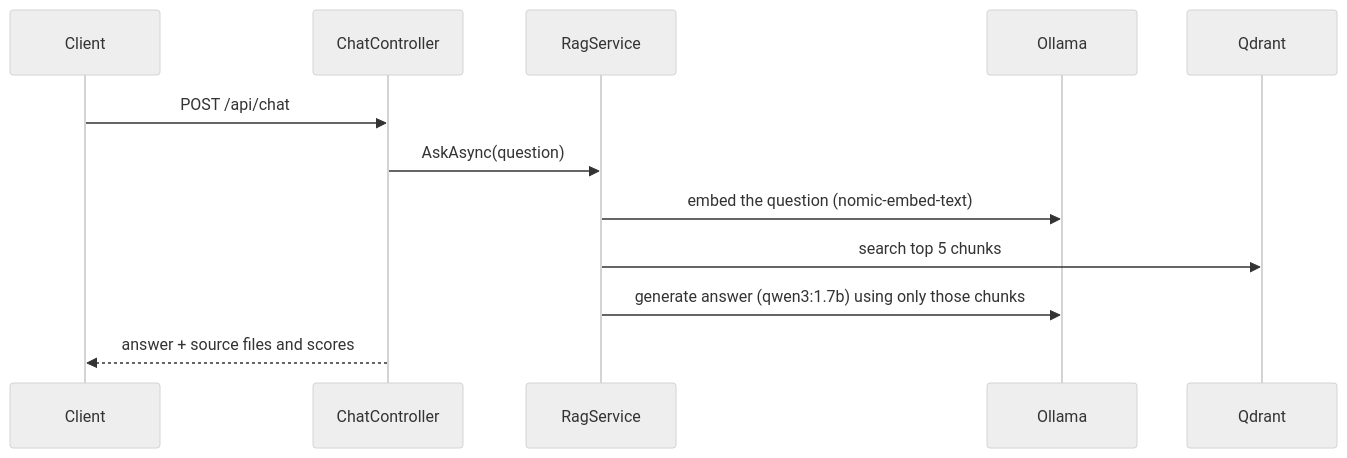
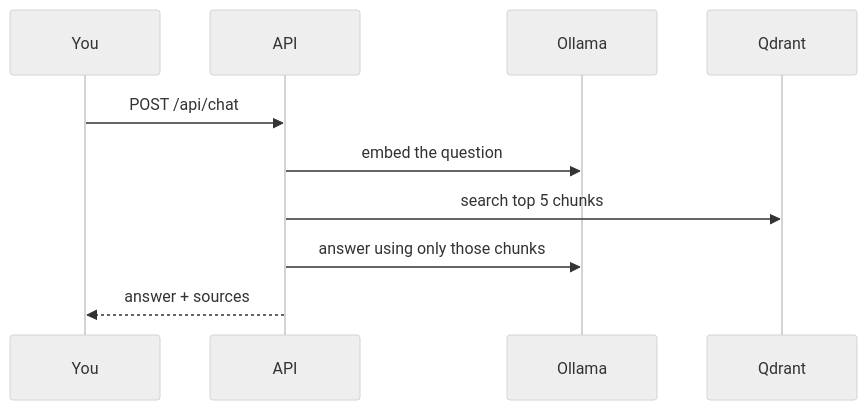
One commit to AmroAlnajar/AskMyDocs changed the diagram in README.md. Above: the diagram before and after it, drawn with Mermaid (neutral theme). The commit also changed other lines of this file and 1 other file, not shown here.

````diff
--- a/README.md
+++ b/README.md
@@ -9,15 +13,13 @@
 ```mermaid
 sequenceDiagram
-    participant Client
-    participant API as ChatController
-    participant RAG as RagService
+    participant You
+    participant API
     participant Ollama
     participant Qdrant
 
-    Client->>API: POST /api/chat
-    API->>RAG: AskAsync(question)
-    RAG->>Ollama: embed the question (nomic-embed-text)
-    RAG->>Qdrant: search top 5 chunks
-    RAG->>Ollama: generate answer (qwen3:1.7b) using only those chunks
-    API-->>Client: answer + source files and scores
+    You->>API: POST /api/chat
+    API->>Ollama: embed the question
+    API->>Qdrant: search top 5 chunks
+    API->>Ollama: answer using only those chunks
+    API-->>You: answer + sources
 ```
````
